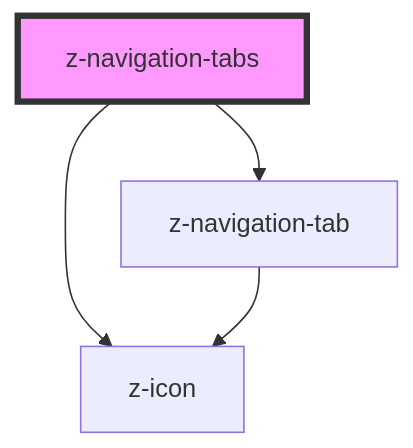
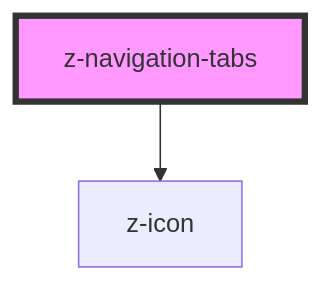
Before and after one commit to ZanichelliEditore/design-system: the diagram in src/components/navigation/z-navigation-tabs/readme.md, drawn with Mermaid. The commit also changed other lines of this file and 9 other files, not shown here.

````diff
--- a/src/components/navigation/z-navigation-tabs/readme.md
+++ b/src/components/navigation/z-navigation-tabs/readme.md
@@ -36,7 +25,5 @@
 ```mermaid
 graph TD;
   z-navigation-tabs --> z-icon
-  z-navigation-tabs --> z-navigation-tab
-  z-navigation-tab --> z-icon
   style z-navigation-tabs fill:#f9f,stroke:#333,stroke-width:4px
 ```
````
